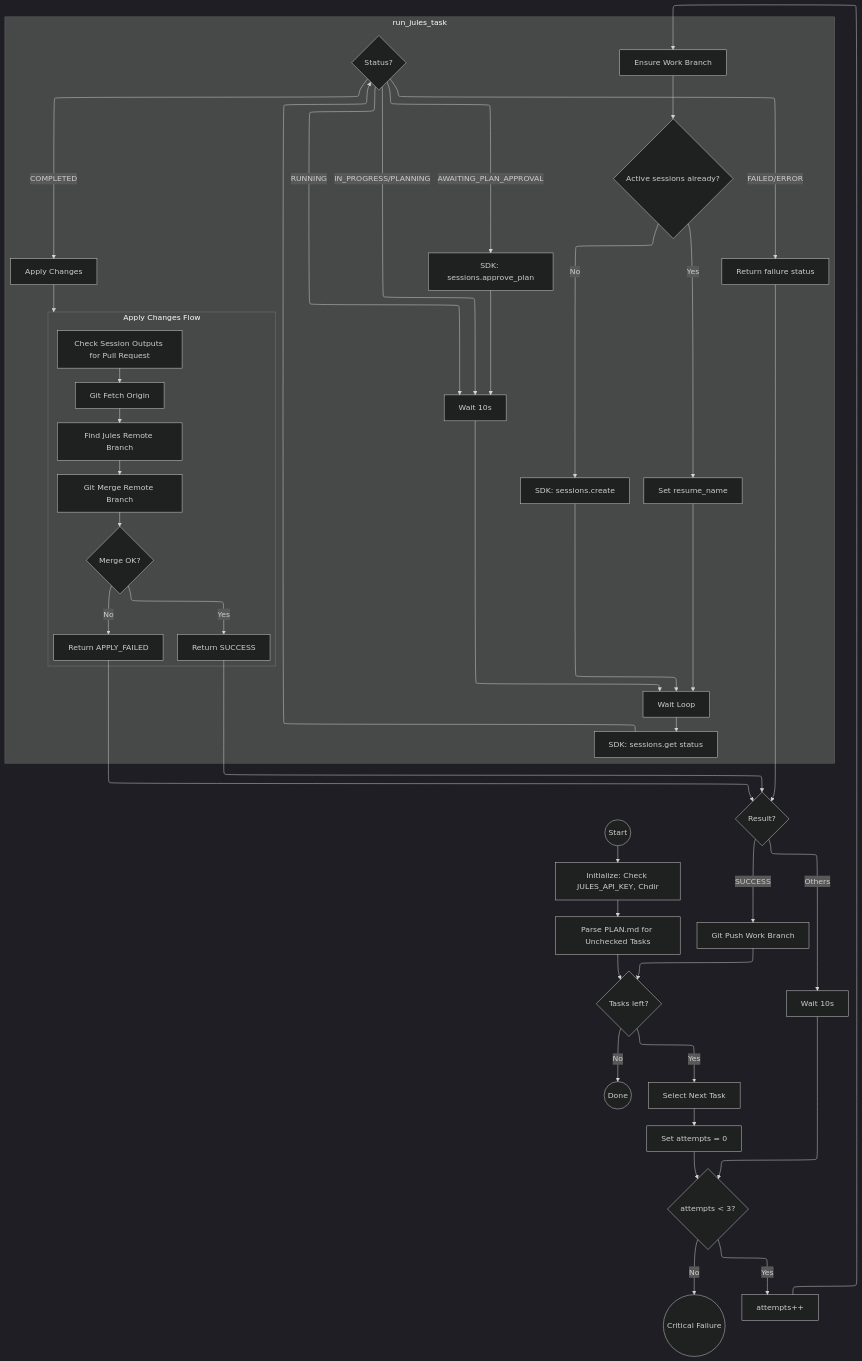
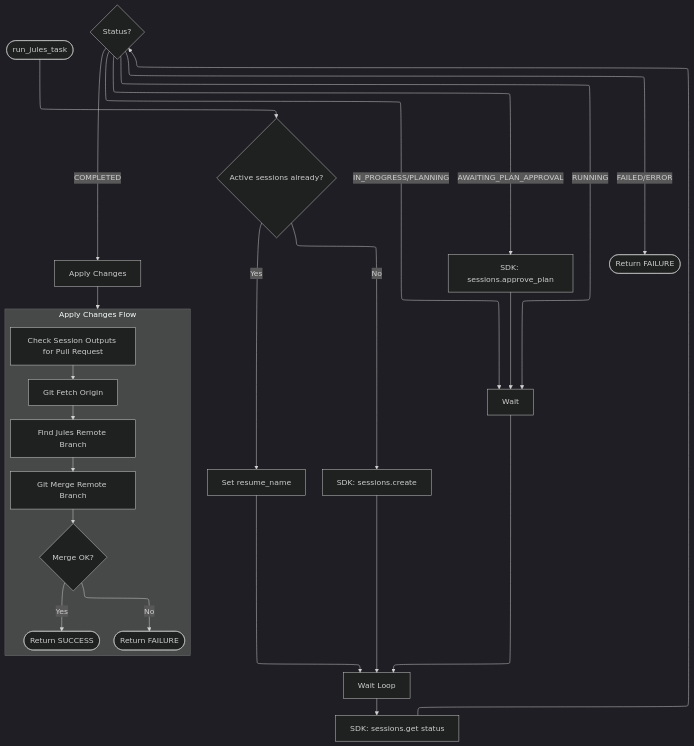
One commit to JonathanHarford/verne_durand changed the second of 2 diagrams in README.md. Above: the diagram before and after it, drawn with Mermaid (dark theme). The commit also changed other lines of this file and 2 other files, not shown here.

Commit message:
feat: enhance verne_durand.py with YAML support and config options
- Added `docs/IMPROVEMENTS.md` documenting future enhancements.
- Implemented YAML plan support (parses `.yaml`/`.yml` files).
- Added `PyYAML` to inline script dependencies.
- Added support for configuration via environment variables (`VERNE_*`).
- Added Jules session URL to log output.
- Updated `README.md` with new features and split flow diagrams.

````diff
--- a/README.md
+++ b/README.md
@@ -28,68 +73,39 @@
 ```mermaid
 ---
 config:
   layout: elk
 ---
 flowchart TD
-    Start((Start)) --> Init[Initialize: Check JULES_API_KEY, Chdir]
-    Init --> ParsePlan[Parse PLAN.md for Unchecked Tasks]
-    ParsePlan --> HasTasks{Tasks left?}
+    Start([run_jules_task]) --> CheckExisting{Active sessions already?}
+        
+    CheckExisting -- Yes --> UseExisting[Set resume_name]
+    CheckExisting -- No --> StartNew[SDK: sessions.create]
     
-    HasTasks -- No --> Done((Done))
+    UseExisting --> WaitLoop
+    StartNew --> WaitLoop[Wait Loop]
     
-    HasTasks -- Yes --> GetNextTask[Select Next Task]
-    GetNextTask --> InitRetry[Set attempts = 0]
-    InitRetry --> RetryLoop{attempts < 3?}
+    WaitLoop --> Poll[SDK: sessions.get status]
+    Poll --> Status{Status?}
     
-    RetryLoop -- No --> CritFail((Critical Failure))
+    Status -- AWAITING_PLAN_APPROVAL --> Approve[SDK: sessions.approve_plan]
+    Approve --> WaitWait
     
-    RetryLoop -- Yes --> IncAttempts[attempts++]
-    
-    subgraph Execution [run_jules_task]
+    Status -- IN_PROGRESS/PLANNING --> WaitWait[Wait]
+    WaitWait --> WaitLoop
+
+    Status -- RUNNING --> WaitWait
+
+    Status -- FAILED/ERROR --> ReturnFail([Return FAILURE])
+    Status -- COMPLETED --> ApplyChanges[Apply Changes]
+
+    subgraph MergeWorkflow [Apply Changes Flow]
         direction TB
-        Entry[Ensure Work Branch] --> CheckExisting{Active sessions already?}
-        
-        CheckExisting -- Yes --> UseExisting[Set resume_name]
-        CheckExisting -- No --> StartNew[SDK: sessions.create]
-        
-        UseExisting --> WaitLoop
-        StartNew --> WaitLoop[Wait Loop]
-        
-        WaitLoop --> Poll[SDK: sessions.get status]
-        Poll --> Status{Status?}
-        
-        Status -- AWAITING_PLAN_APPROVAL --> Approve[SDK: sessions.approve_plan]
-        Approve --> WaitWait
-        
-        Status -- IN_PROGRESS/PLANNING --> WaitWait[Wait 10s]
-        WaitWait --> WaitLoop
-        
-        Status -- RUNNING --> WaitWait
-        
-        Status -- FAILED/ERROR --> ReturnFail[Return failure status]
-        Status -- COMPLETED --> ApplyChanges[Apply Changes]
-        
-        subgraph MergeWorkflow [Apply Changes Flow]
-            direction TB
-            CheckOutputs[Check Session Outputs for Pull Request] --> Fetch[Git Fetch Origin]
-            Fetch --> FindBranch[Find Jules Remote Branch]
-            FindBranch --> Merge[Git Merge Remote Branch]
-            Merge --> MergeSuccess{Merge OK?}
-            MergeSuccess -- Yes --> ReturnSuccess[Return SUCCESS]
-            MergeSuccess -- No --> ReturnApplyFail[Return APPLY_FAILED]
-        end
-        ApplyChanges --> MergeWorkflow
+        CheckOutputs[Check Session Outputs for Pull Request] --> Fetch[Git Fetch Origin]
+        Fetch --> FindBranch[Find Jules Remote Branch]
+        FindBranch --> Merge[Git Merge Remote Branch]
+        Merge --> MergeSuccess{Merge OK?}
+        MergeSuccess -- Yes --> ReturnSuccess([Return SUCCESS])
+        MergeSuccess -- No --> ReturnApplyFail([Return FAILURE])
     end
-    
-    IncAttempts --> Entry
-    
-    ReturnSuccess --> Result
-    ReturnFail --> Result
-    ReturnApplyFail --> Result
-    
-    Result{Result?} -- SUCCESS --> Push[Git Push Work Branch]
-    Push --> HasTasks
-    
-    Result -- Others --> RetryWait[Wait 10s]
-    RetryWait --> RetryLoop
+    ApplyChanges --> MergeWorkflow
 ```
````
